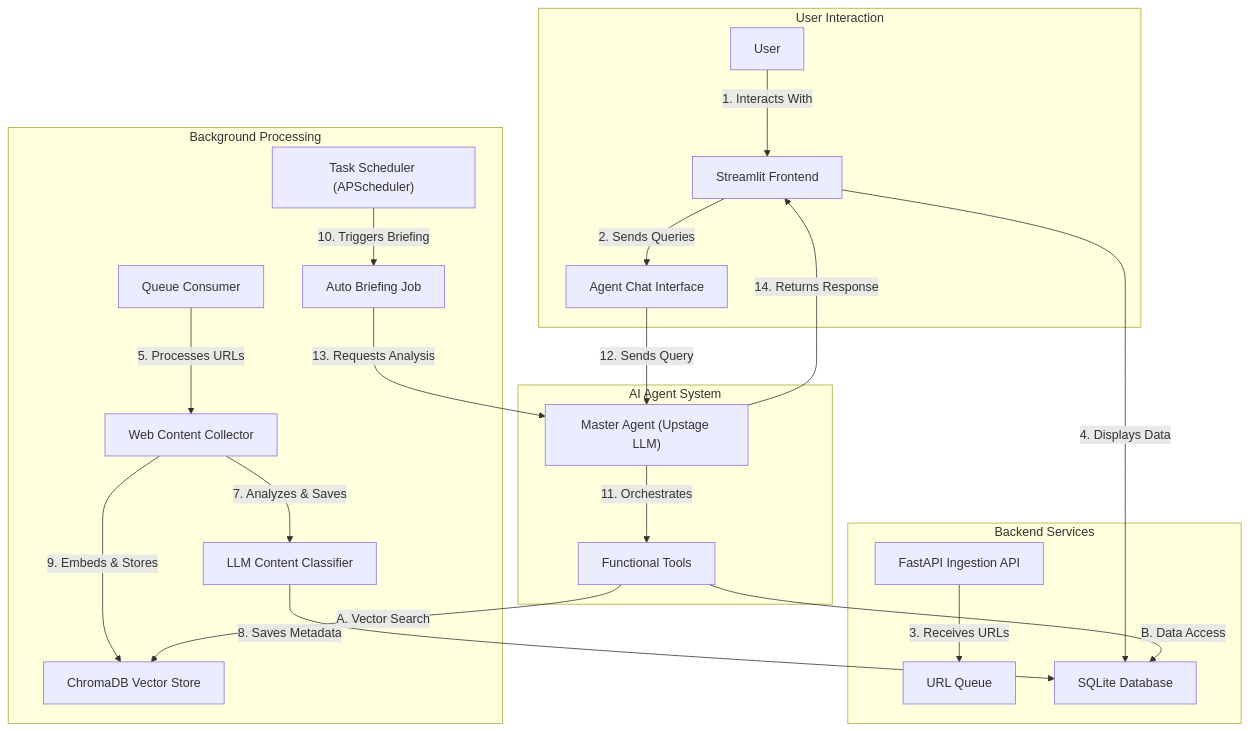
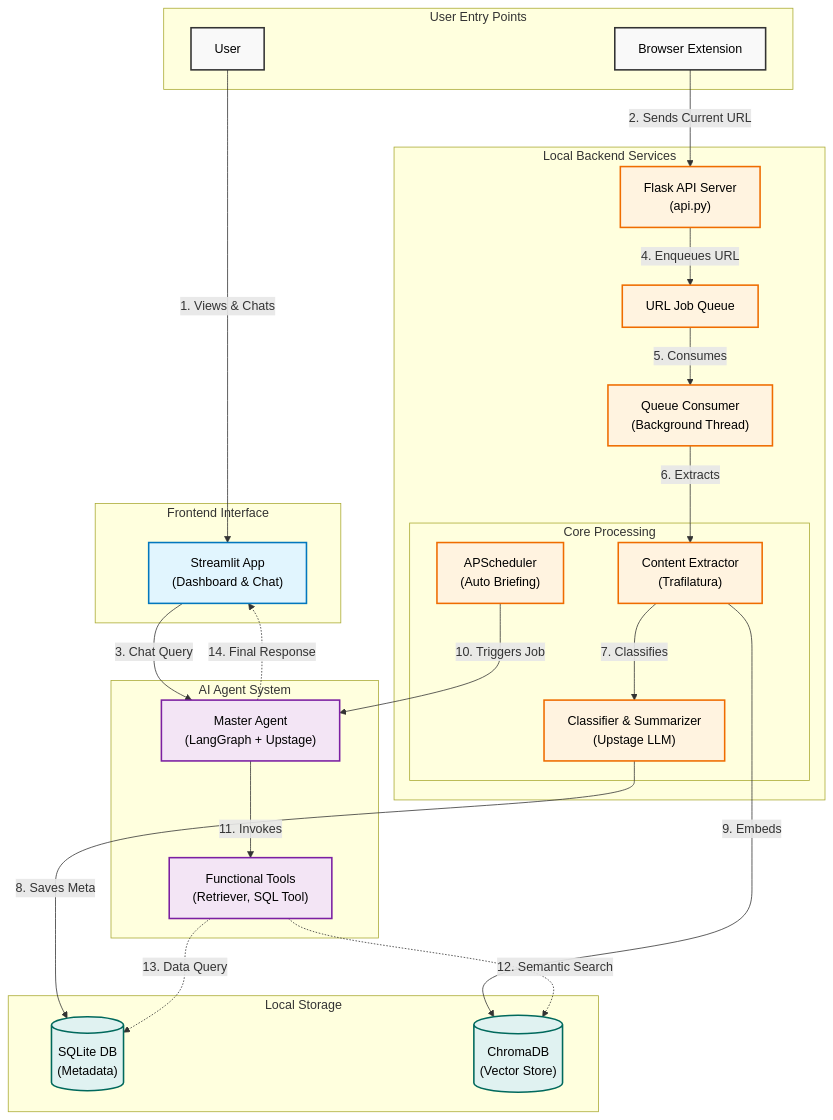
Before and after one commit to yujeong0411/stack-note: the diagram in README.md, drawn with Mermaid.

Commit message:
Chore : Revise flowchart for user interaction and backend services
Updated the flowchart in README.md to include new components and connections for the user interaction and backend services.

````diff
--- a/README.md
+++ b/README.md
@@ -29,32 +29,64 @@
 ```mermaid
 graph TD
-    subgraph User Interaction
-        U["User"] -- "1. Interacts With" --> UI["Streamlit Frontend"]
-        UI -- "2. Sends Queries" --> ChatInput["Agent Chat Interface"]
+    %% 스타일 정의
+    classDef user fill:#f9f9f9,stroke:#333,stroke-width:2px,color:#000;
+    classDef ui fill:#e1f5fe,stroke:#0277bd,stroke-width:2px,color:#000;
+    classDef backend fill:#fff3e0,stroke:#ef6c00,stroke-width:2px,color:#000;
+    classDef ai fill:#f3e5f5,stroke:#7b1fa2,stroke-width:2px,color:#000;
+    classDef db fill:#e0f2f1,stroke:#00695c,stroke-width:2px,color:#000;
+
+    subgraph User_Entry ["User Entry Points"]
+        U["User"]:::user
+        Ext["Browser Extension"]:::user
     end
 
-    subgraph Backend Services
-        API["FastAPI Ingestion API"] -- "3. Receives URLs" --> URL_Queue["URL Queue"]
-        UI -- "4. Displays Data" --> Storage["SQLite Database"]
+    subgraph Frontend ["Frontend Interface"]
+        UI["Streamlit App<br/>(Dashboard & Chat)"]:::ui
     end
 
-    subgraph Background Processing
-        Consumer["Queue Consumer"] -- "5. Processes URLs" --> Collector["Web Content Collector"]
-        Collector -- "7. Analyzes & Saves" --> Classifier["LLM Content Classifier"]
-        Classifier -- "8. Saves Metadata" --> Storage
-        Collector -- "9. Embeds & Stores" --> VectorStore["ChromaDB Vector Store"]
-
-        Scheduler["Task Scheduler (APScheduler)"] -- "10. Triggers Briefing" --> BriefingJob["Auto Briefing Job"]
+    subgraph Backend_System ["Local Backend Services"]
+        API["Flask API Server<br/>(api.py)"]:::backend
+        Queue["URL Job Queue"]:::backend
+        Consumer["Queue Consumer<br/>(Background Thread)"]:::backend
+        
+        subgraph Core_Logic ["Core Processing"]
+            Collector["Content Extractor<br/>(Trafilatura)"]:::backend
+            Classifier["Classifier & Summarizer<br/>(Upstage LLM)"]:::backend
+            Scheduler["APScheduler<br/>(Auto Briefing)"]:::backend
+        end
     end
 
-    subgraph AI Agent System
-        Agent["Master Agent (Upstage LLM)"] -- "11. Orchestrates" --> Agent_Tools["Functional Tools"]
-        Agent_Tools -- "A. Vector Search" --> VectorStore
-        Agent_Tools -- "B. Data Access" --> Storage
+    subgraph Data_Storage ["Local Storage"]
+        SQLite[("SQLite DB<br/>(Metadata)")]:::db
+        Chroma[("ChromaDB<br/>(Vector Store)")]:::db
     end
 
-    ChatInput -- "12. Sends Query" --> Agent
-    BriefingJob -- "13. Requests Analysis" --> Agent
-    Agent -- "14. Returns Response" --> UI
+    subgraph AI_Engine ["AI Agent System"]
+        Agent["Master Agent<br/>(LangGraph + Upstage)"]:::ai
+        Tools["Functional Tools<br/>(Retriever, SQL Tool)"]:::ai
+    end
+
+    %% 흐름 연결
+    U -->|"1. Views & Chats"| UI
+    Ext -->|"2. Sends Current URL"| API
+    
+    UI -->|"3. Chat Query"| Agent
+    
+    API -->|"4. Enqueues URL"| Queue
+    Queue -->|"5. Consumes"| Consumer
+    Consumer -->|"6. Extracts"| Collector
+    Collector -->|"7. Classifies"| Classifier
+    
+    Classifier -->|"8. Saves Meta"| SQLite
+    Collector -->|"9. Embeds"| Chroma
+    
+    Scheduler -->|"10. Triggers Job"| Agent
+    
+    %% Agent & Tools 흐름 수정 (중요)
+    Agent -->|"11. Invokes"| Tools
+    Tools -.->|"12. Semantic Search"| Chroma
+    Tools -.->|"13. Data Query"| SQLite
+    
+    Agent -.->|"14. Final Response"| UI
 
 ```
````
